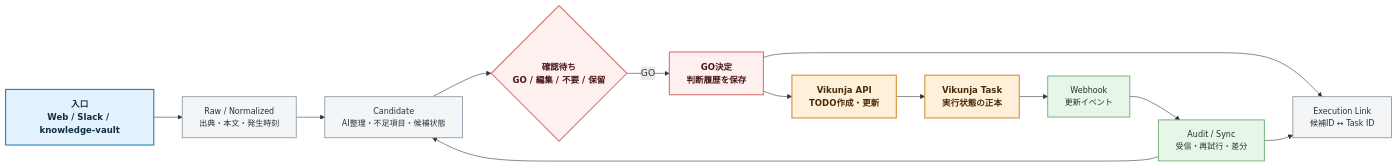
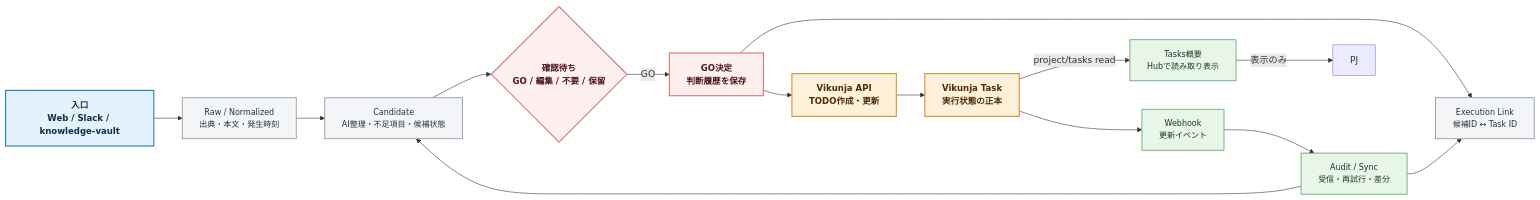
The second of 3 diagrams in docs/arch/vikunja-pj-general-integration-architecture-2026-07.md (rohto4/my-pj-general), drawn with Mermaid before and after one commit. The commit also changed other lines of this file and 16 other files, not shown here.

````diff
--- a/docs/arch/vikunja-pj-general-integration-architecture-2026-07.md
+++ b/docs/arch/vikunja-pj-general-integration-architecture-2026-07.md
@@ -47,25 +51,28 @@
 ```mermaid
 flowchart LR
     S["入口\nWeb / Slack / knowledge-vault"]:::input
     R["Raw / Normalized\n出典・本文・発生時刻"]:::data
     C["Candidate\nAI整理・不足項目・候補状態"]:::data
     Q{"確認待ち\nGO / 編集 / 不要 / 保留"}:::decision
     O["GO決定\n判断履歴を保存"]:::decision
     A["Vikunja API\nTODO作成・更新"]:::external
     T["Vikunja Task\n実行状態の正本"]:::external
+    OV["Tasks概要\nHubで読み取り表示"]:::sync
     W["Webhook\n更新イベント"]:::sync
     L["Execution Link\n候補ID ↔ Task ID"]:::data
     H["Audit / Sync\n受信・再試行・差分"]:::sync
 
     S --> R --> C --> Q
     Q -->|GO| O --> A --> T
     O --> L
     T --> W --> H --> C
     H --> L
+    T -->|project/tasks read| OV
+    OV -->|表示のみ| PJ
 
     classDef input fill:#e3f2fd,stroke:#2c82b8,color:#102f45,stroke-width:2px,font-size:15px,font-weight:bold
     classDef data fill:#f3f5f7,stroke:#8b98a6,color:#27333d,stroke-width:1.5px,font-size:14px
     classDef decision fill:#fff0f0,stroke:#d87979,color:#4a1515,stroke-width:2px,font-size:15px,font-weight:bold
     classDef external fill:#fff0d9,stroke:#d4953c,color:#4a2c0b,stroke-width:2px,font-size:15px,font-weight:bold
     classDef sync fill:#e8f5e9,stroke:#69a66f,color:#173a1d,stroke-width:1.5px,font-size:14px
 ```
````
